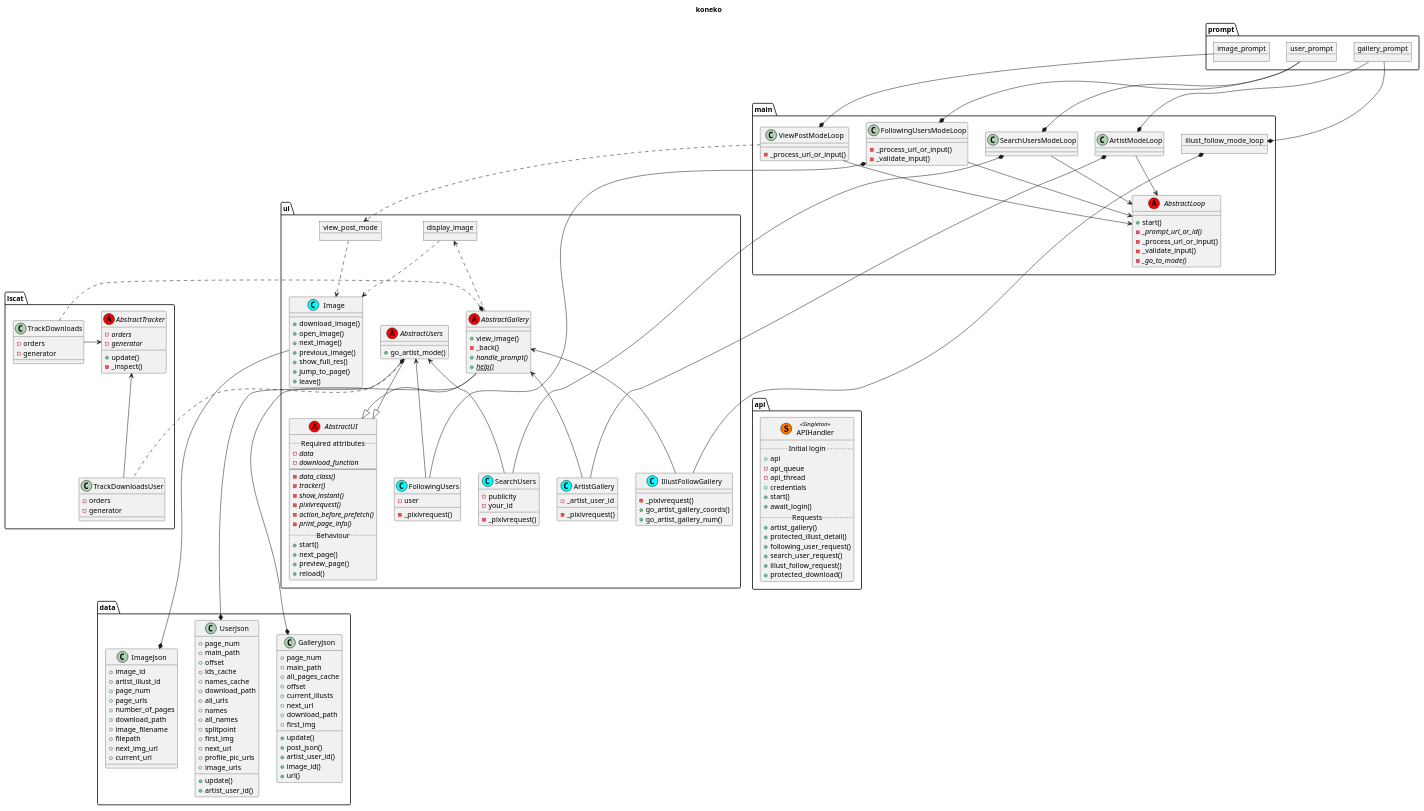
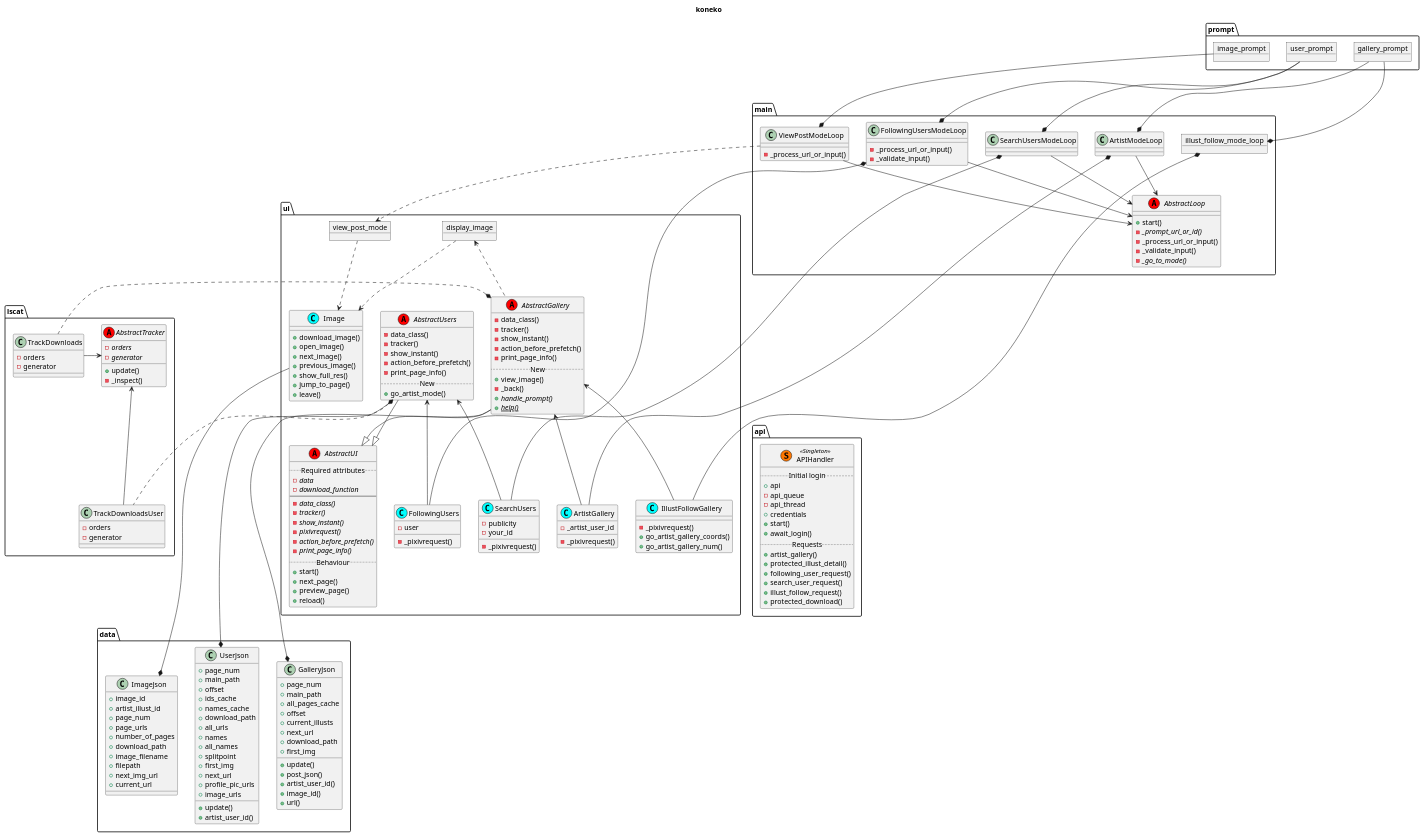
Before and after one commit to akazukin5151/koneko: the diagram in puml/classes.puml, drawn with PlantUML. The commit also changed 1 other file, not shown here.

```diff
--- a/puml/classes.puml
+++ b/puml/classes.puml
@@ -38,6 +38,12 @@
 }
 
 abstract class ui.AbstractGallery <<(A, red)>>{
+    -data_class()
+    -tracker()
+    -show_instant()
+    -action_before_prefetch()
+    -print_page_info()
+    ..New..
     +view_image()
     -_back()
     +{abstract}handle_prompt()
@@ -104,6 +110,12 @@
     -_pixivrequest()
 }
 abstract class ui.AbstractUsers <<(A, red)>>{
+    -data_class()
+    -tracker()
+    -show_instant()
+    -action_before_prefetch()
+    -print_page_info()
+    ..New..
     +go_artist_mode()
 }
 ui.AbstractUI <|-up- ui.AbstractUsers
```
